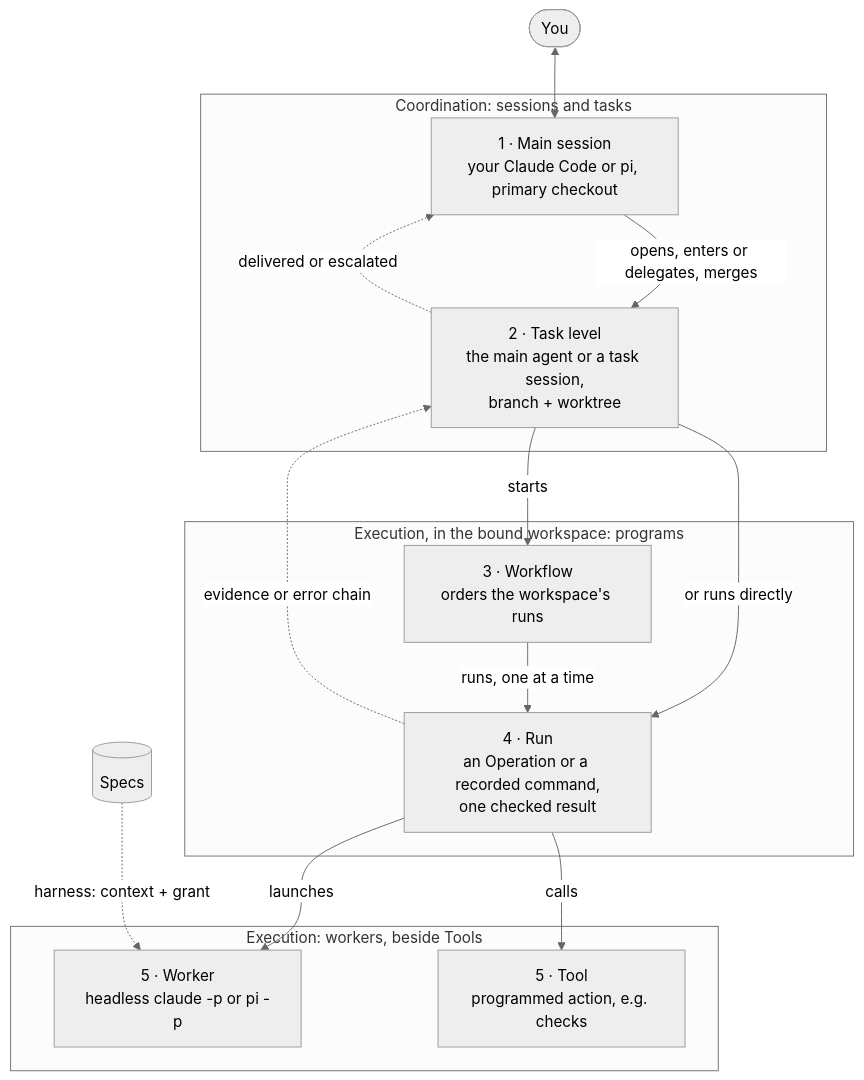
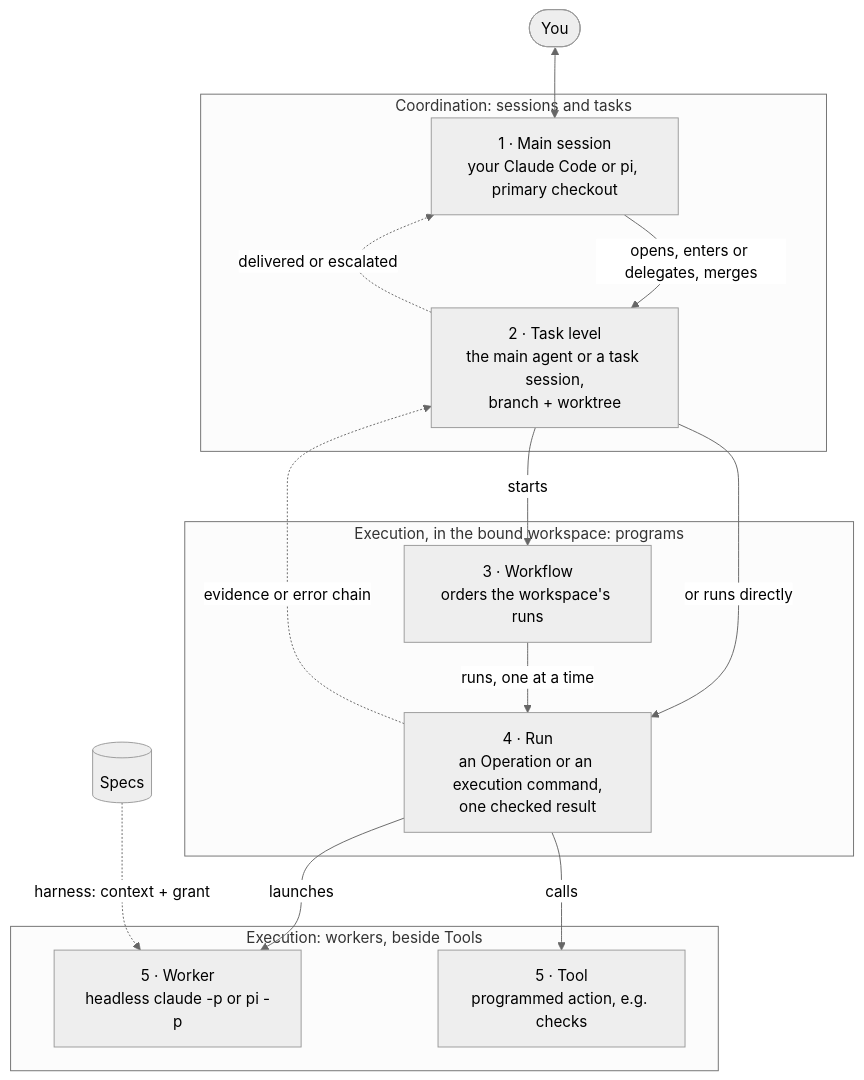
One commit to FTOD/concorde changed the diagram in README.md. Above: the diagram before and after it, drawn with Mermaid (neutral theme). The commit also changed other lines of this file and 107 other files, not shown here.

````diff
--- a/README.md
+++ b/README.md
@@ -41,27 +41,27 @@
 ```mermaid
 flowchart TB
   you(["You"])
   subgraph top["Coordination: sessions and tasks"]
     main["1 · Main session<br/>your Claude Code or pi, primary checkout"]
     task["2 · Task level<br/>the main agent or a task session,<br/>branch + worktree"]
   end
   subgraph mid["Execution, in the bound workspace: programs"]
     wf["3 · Workflow<br/>orders the workspace's runs"]
-    op["4 · Run<br/>an Operation or a recorded command,<br/>one checked result"]
+    op["4 · Run<br/>an Operation or an execution command,<br/>one checked result"]
   end
   subgraph bottom["Execution: workers, beside Tools"]
     w["5 · Worker<br/>headless claude -p or pi -p"]
     tool["5 · Tool<br/>programmed action, e.g. checks"]
   end
   specs[("Specs")]
   you <--> main
   main -->|opens, enters or delegates, merges| task
   task -->|starts| wf
   task -->|or runs directly| op
   wf -->|runs, one at a time| op
   op -->|launches| w
   op -->|calls| tool
   specs -.->|harness: context + grant| w
   op -.->|evidence or error chain| task
   task -.->|delivered or escalated| main
 ```
````
